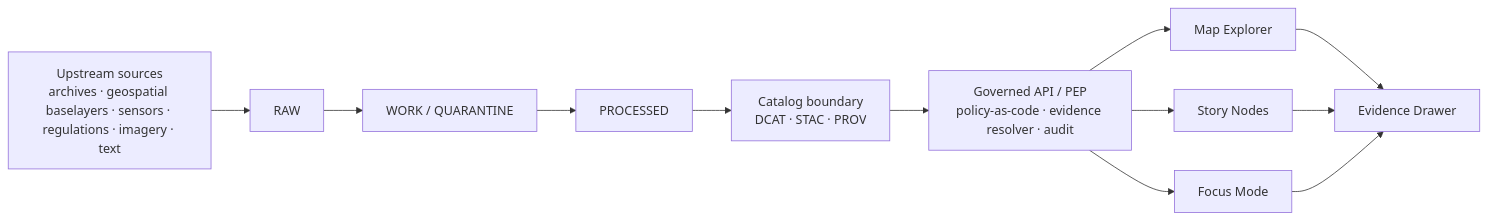
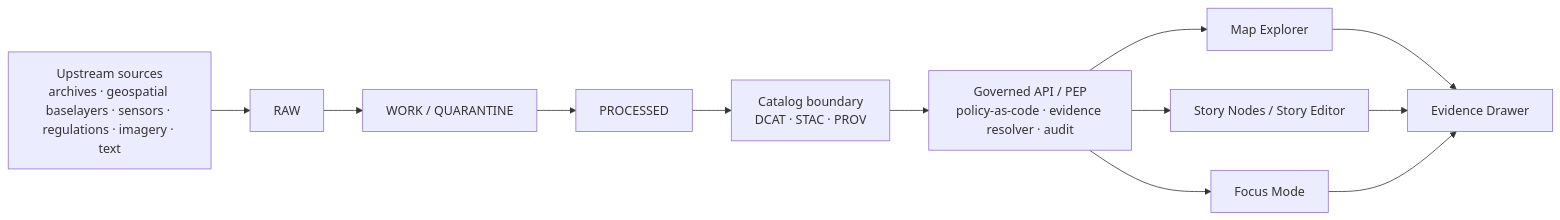
Before and after one commit to bartytime4life/Kansas-Frontier-Matrix: the diagram in README.md, drawn with Mermaid. The commit also changed other lines of this file, not shown here.

````diff
--- a/README.md
+++ b/README.md
@@ -188,14 +231,14 @@
 ```mermaid
 flowchart LR
-    A[Upstream sources\narchives · geospatial baselayers · sensors · regulations · imagery · text] --> B[RAW]
+    A[Upstream sources<br/>archives · geospatial baselayers · sensors · regulations · imagery · text] --> B[RAW]
     B --> C[WORK / QUARANTINE]
     C --> D[PROCESSED]
-    D --> E[Catalog boundary\nDCAT · STAC · PROV]
-    E --> F[Governed API / PEP\npolicy-as-code · evidence resolver · audit]
+    D --> E[Catalog boundary<br/>DCAT · STAC · PROV]
+    E --> F[Governed API / PEP<br/>policy-as-code · evidence resolver · audit]
     F --> G[Map Explorer]
-    F --> H[Story Nodes]
+    F --> H[Story Nodes / Story Editor]
     F --> I[Focus Mode]
     G --> J[Evidence Drawer]
     H --> J
     I --> J
 ```
````
